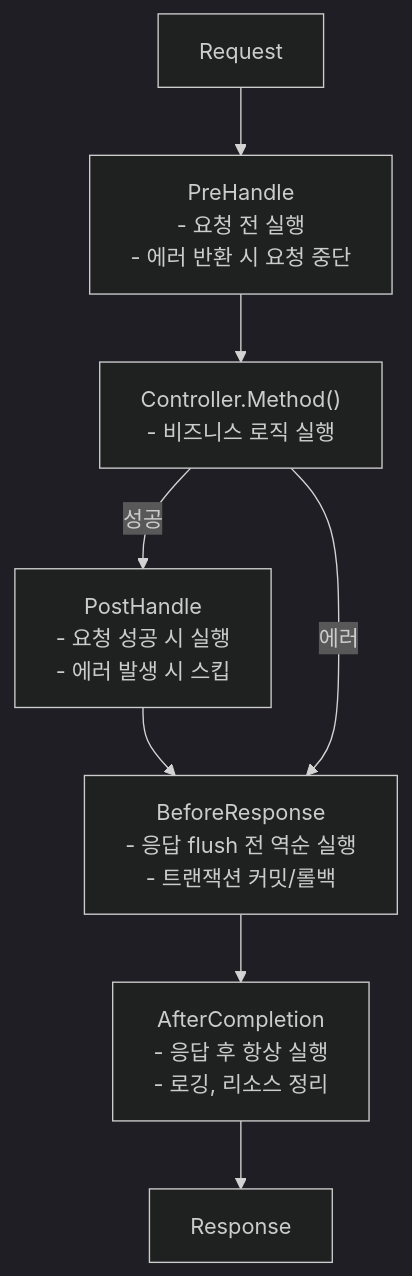
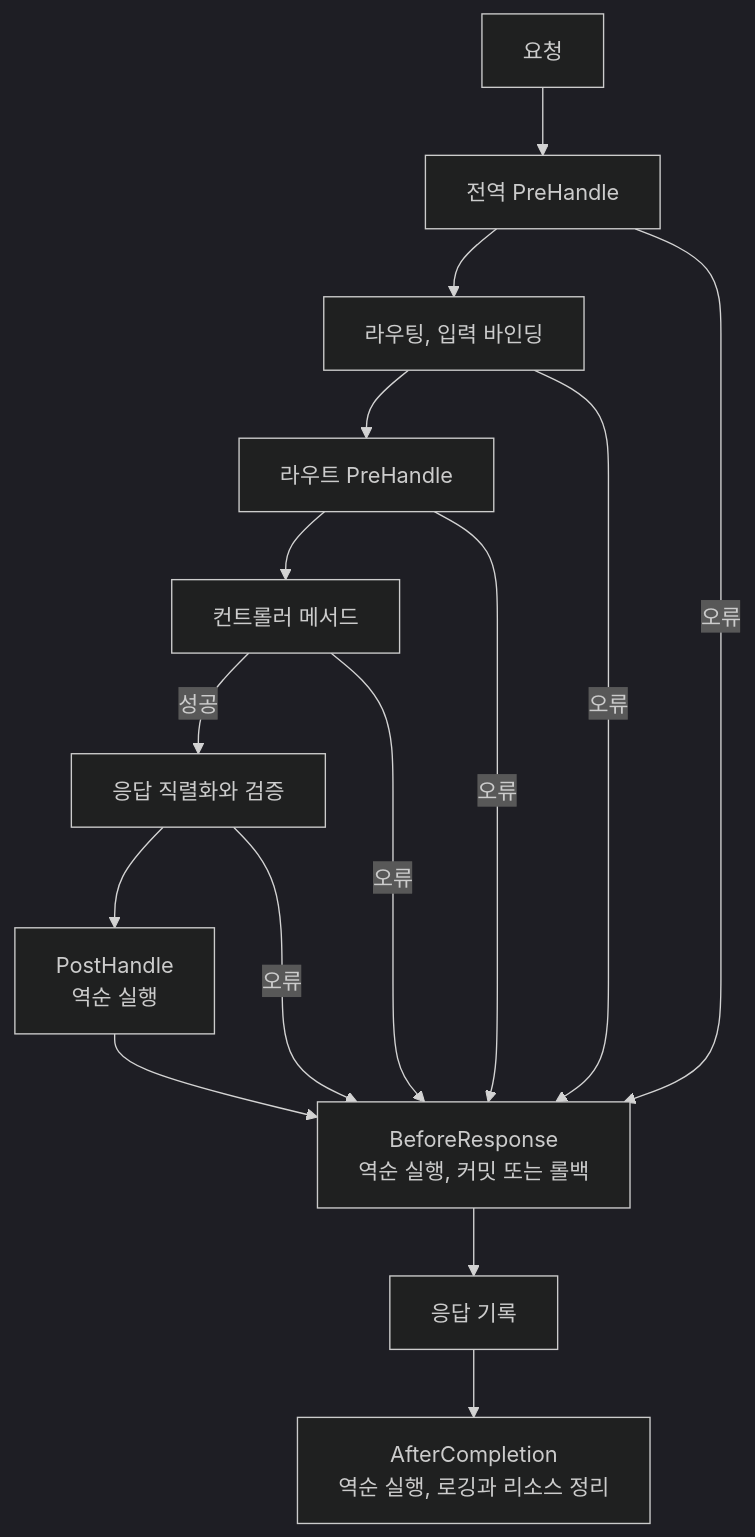
The diagram in docs/ko/learn/tutorial/4-interceptor.md (NARUBROWN/spine-site), drawn with Mermaid (dark theme) before and after one commit. The commit also changed other lines of this file and 158 other files, not shown here.

````diff
--- a/docs/ko/learn/tutorial/4-interceptor.md
+++ b/docs/ko/learn/tutorial/4-interceptor.md
@@ -35,16 +30,17 @@
 ```mermaid
 graph TD
-    Request
-    Request --> Pre["PreHandle<br/>- 요청 전 실행<br/>- 에러 반환 시 요청 중단"]
-    
-    Pre --> Controller["Controller.Method()<br/>- 비즈니스 로직 실행"]
-    
-    Controller -- 성공 --> Post["PostHandle<br/>- 요청 성공 시 실행<br/>- 에러 발생 시 스킵"]
-    
-    Post --> Before["BeforeResponse<br/>- 응답 flush 전 역순 실행<br/>- 트랜잭션 커밋/롤백"]
-    
-    Controller -- 에러 --> Before
-    Before --> After["AfterCompletion<br/>- 응답 후 항상 실행<br/>- 로깅, 리소스 정리"]
-    
-    After --> Response
+    Request["요청"] --> GlobalPre["전역 PreHandle"]
+    GlobalPre --> Bind["라우팅, 입력 바인딩"]
+    Bind --> RoutePre["라우트 PreHandle"]
+    RoutePre --> Controller["컨트롤러 메서드"]
+    Controller -- 성공 --> Prepare["응답 직렬화와 검증"]
+    Prepare --> Post["PostHandle<br/>역순 실행"]
+    Post --> Before["BeforeResponse<br/>역순 실행, 커밋 또는 롤백"]
+    GlobalPre -- 오류 --> Before
+    Bind -- 오류 --> Before
+    RoutePre -- 오류 --> Before
+    Controller -- 오류 --> Before
+    Prepare -- 오류 --> Before
+    Before --> Response["응답 기록"]
+    Response --> After["AfterCompletion<br/>역순 실행, 로깅과 리소스 정리"]
 ```
````
